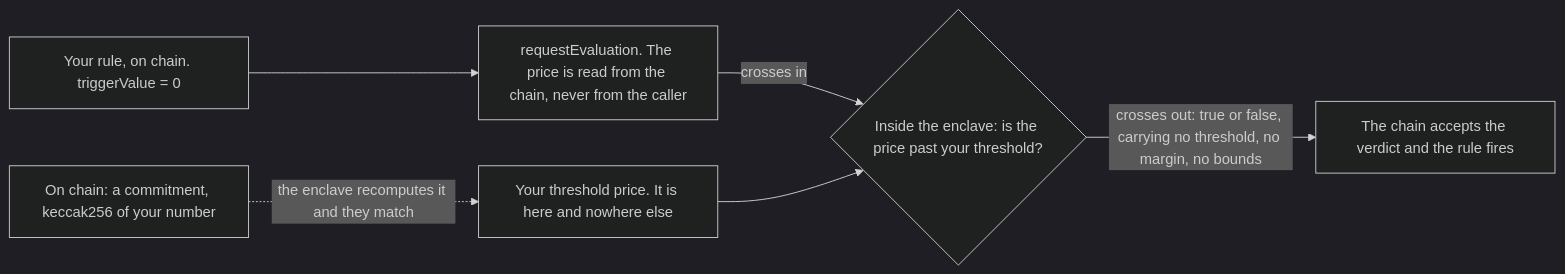
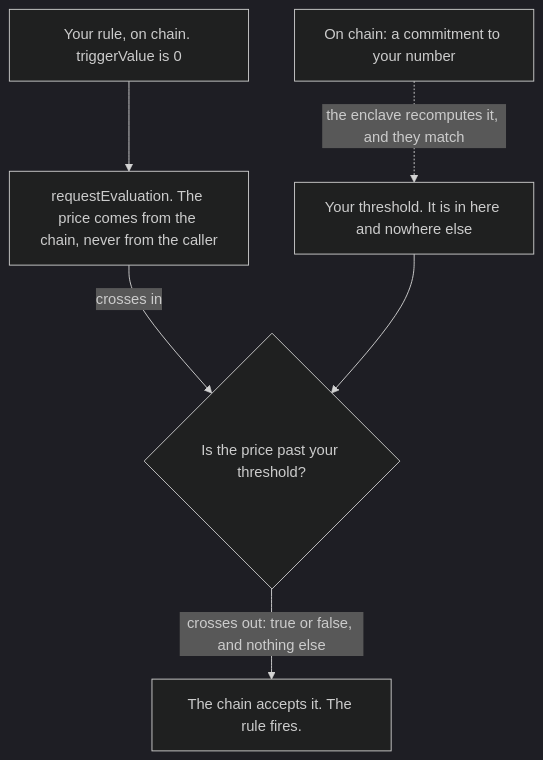
The diagram in site/assets/diagrams/private-trigger.mmd (Immadominion/trimmy), drawn with Mermaid (dark theme) before and after one commit. The commit also changed 23 other files, not shown here.

First line of the commit message:
Make the diagrams readable and the pages fetchable

```diff
--- a/site/assets/diagrams/private-trigger.mmd
+++ b/site/assets/diagrams/private-trigger.mmd
@@ -1,6 +1,6 @@
-graph LR
-  A["Your rule, on chain. triggerValue = 0"] --> B["requestEvaluation. The price is read from the chain, never from the caller"]
-  B -->|"crosses in"| C{"Inside the enclave: is the price past your threshold?"}
-  D["Your threshold price. It is here and nowhere else"] --> C
-  C -->|"crosses out: true or false, carrying no threshold, no margin, no bounds"| E["The chain accepts the verdict and the rule fires"]
-  F["On chain: a commitment, keccak256 of your number"] -.->|"the enclave recomputes it and they match"| D
+graph TD
+  A["Your rule, on chain. triggerValue is 0"] --> B["requestEvaluation. The price comes from the chain, never from the caller"]
+  B -->|"crosses in"| C{"Is the price past your threshold?"}
+  D["Your threshold. It is in here and nowhere else"] --> C
+  C -->|"crosses out: true or false, and nothing else"| E["The chain accepts it. The rule fires."]
+  F["On chain: a commitment to your number"] -.->|"the enclave recomputes it, and they match"| D
```
